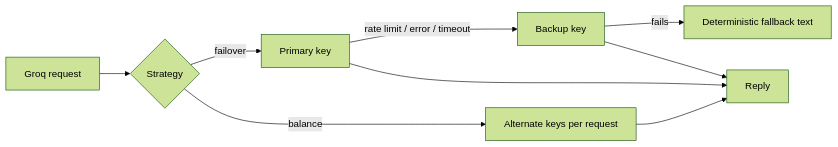
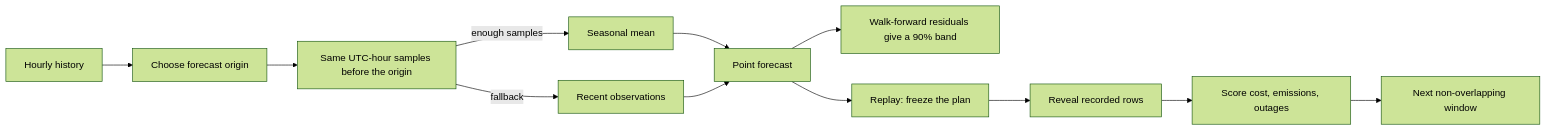
Before and after one commit to prantikchanda21/Carbon-Ledger: the seventh of 8 diagrams in README.md, drawn with Mermaid (forest theme). The commit also changed other lines of this file, not shown here.

````diff
--- a/README.md
+++ b/README.md
@@ -875,11 +286,14 @@
 ```mermaid
 flowchart LR
-  REQ["Groq request"] --> S{"Strategy"}
-  S -- "failover" --> P["Primary key"]
-  S -- "balance" --> ALT["Alternate keys per request"]
-  P -- "rate limit / error / timeout" --> B["Backup key"]
-  ALT --> OUT
-  P --> OUT["Reply"]
-  B -- "fails" --> DET["Deterministic fallback text"]
-  B --> OUT
+    H["Hourly history"] --> O["Choose forecast origin"]
+    O --> S["Same UTC-hour samples before the origin"]
+    S -->|"enough samples"| M["Seasonal mean"]
+    S -->|"fallback"| R["Recent observations"]
+    M --> P["Point forecast"]
+    R --> P
+    P --> B["Walk-forward residuals give a 90% band"]
+    P --> L["Replay: freeze the plan"]
+    L --> V["Reveal recorded rows"]
+    V --> SC["Score cost, emissions, outages"]
+    SC --> NX["Next non-overlapping window"]
 ```
````
